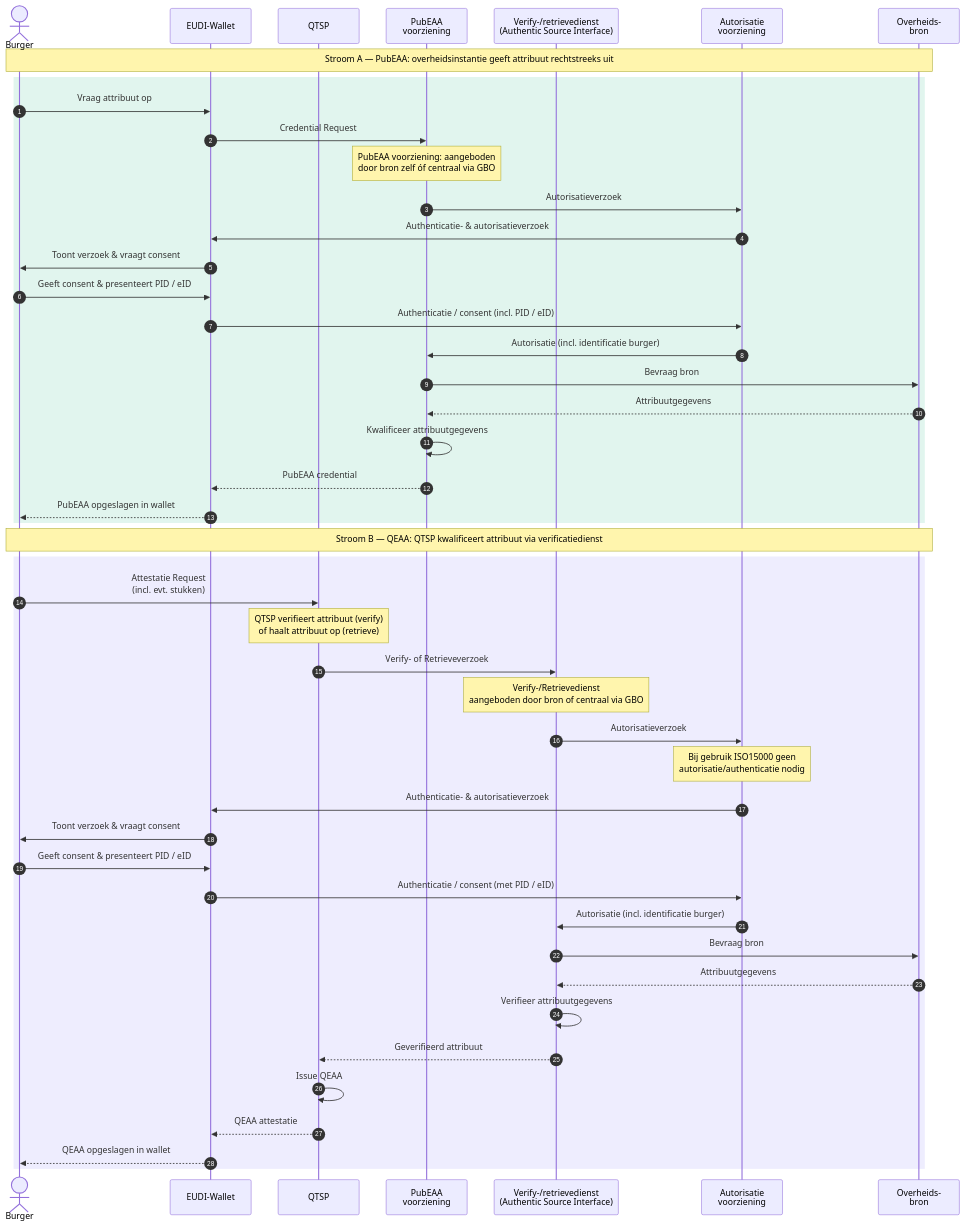
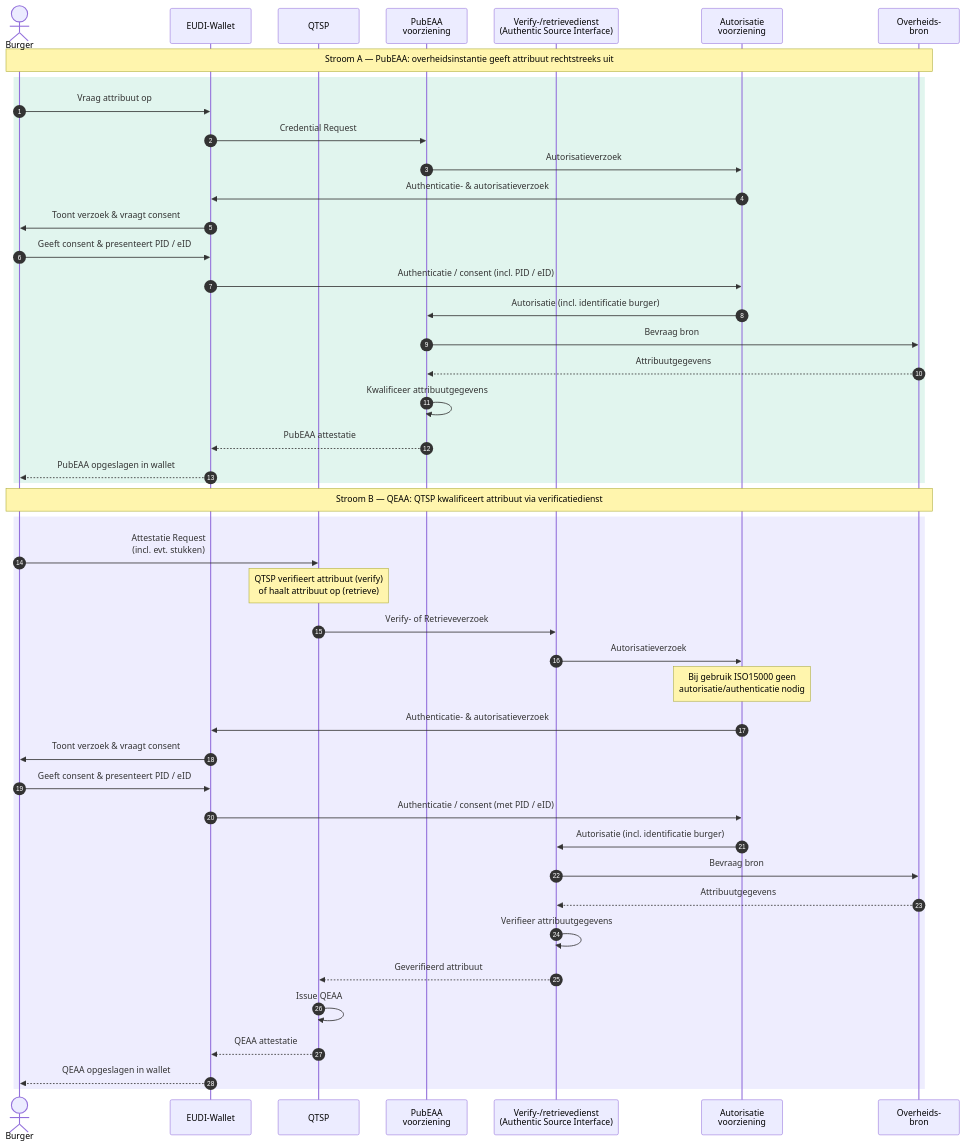
Before and after one commit to ICTU/GBO-GO: the diagram in main/diagrammen/interactiepatroon-EUDI-Wallet.mmd, drawn with Mermaid. The commit also changed 7 other files, not shown here.

```diff
--- a/main/diagrammen/interactiepatroon-EUDI-Wallet.mmd
+++ b/main/diagrammen/interactiepatroon-EUDI-Wallet.mmd
@@ -1,51 +1,49 @@
 sequenceDiagram
     autonumber
     actor Burger
     participant Wallet as EUDI-Wallet
     participant QTSP as QTSP
     participant PubEAA as PubEAA<br/>voorziening
     participant VerifDienst as Verify-/retrievedienst<br/>(Authentic Source Interface)
     participant Auth as Autorisatie<br/>voorziening
     participant Bron as Overheids-<br/>bron
 
     Note over Burger,Bron: Stroom A — PubEAA: overheidsinstantie geeft attribuut rechtstreeks uit
 
     rect rgb(225, 245, 238)
         Burger->>Wallet: Vraag attribuut op
         Wallet->>PubEAA: Credential Request
-        Note over PubEAA: PubEAA voorziening: aangeboden<br/>door bron zelf óf centraal via GBO
         PubEAA->>Auth: Autorisatieverzoek
         Auth->>Wallet: Authenticatie- & autorisatieverzoek
         Wallet->>Burger: Toont verzoek & vraagt consent
         Burger->>Wallet: Geeft consent & presenteert PID / eID
         Wallet->>Auth: Authenticatie / consent (incl. PID / eID)
         Auth->>PubEAA: Autorisatie (incl. identificatie burger)
         PubEAA->>Bron: Bevraag bron
         Bron-->>PubEAA: Attribuutgegevens
         PubEAA->>PubEAA: Kwalificeer attribuutgegevens
-        PubEAA-->>Wallet: PubEAA credential
+        PubEAA-->>Wallet: PubEAA attestatie
         Wallet-->>Burger: PubEAA opgeslagen in wallet
     end
 
     Note over Burger,Bron: Stroom B — QEAA: QTSP kwalificeert attribuut via verificatiedienst
 
     rect rgb(238, 237, 254)
         Burger->>QTSP: Attestatie Request<br />(incl. evt. stukken)
         Note over QTSP: QTSP verifieert attribuut (verify)<br/>of haalt attribuut op (retrieve)
         QTSP->>VerifDienst: Verify- of Retrieveverzoek
-        Note over VerifDienst: Verify-/Retrievedienst<br/>aangeboden door bron of centraal via GBO
         VerifDienst->>Auth: Autorisatieverzoek
         Note over Auth: Bij gebruik ISO15000 geen<br/>autorisatie/authenticatie nodig
         Auth->>Wallet: Authenticatie- & autorisatieverzoek
         Wallet->>Burger: Toont verzoek & vraagt consent
         Burger->>Wallet: Geeft consent & presenteert PID / eID
         Wallet->>Auth: Authenticatie / consent (met PID / eID)
         Auth->>VerifDienst: Autorisatie (incl. identificatie burger)
         VerifDienst->>Bron: Bevraag bron
         Bron-->>VerifDienst: Attribuutgegevens
         VerifDienst->>VerifDienst: Verifieer attribuutgegevens
         VerifDienst-->>QTSP: Geverifieerd attribuut
         QTSP->>QTSP: Issue QEAA
         QTSP-->>Wallet: QEAA attestatie
         Wallet-->>Burger: QEAA opgeslagen in wallet
     end
```
